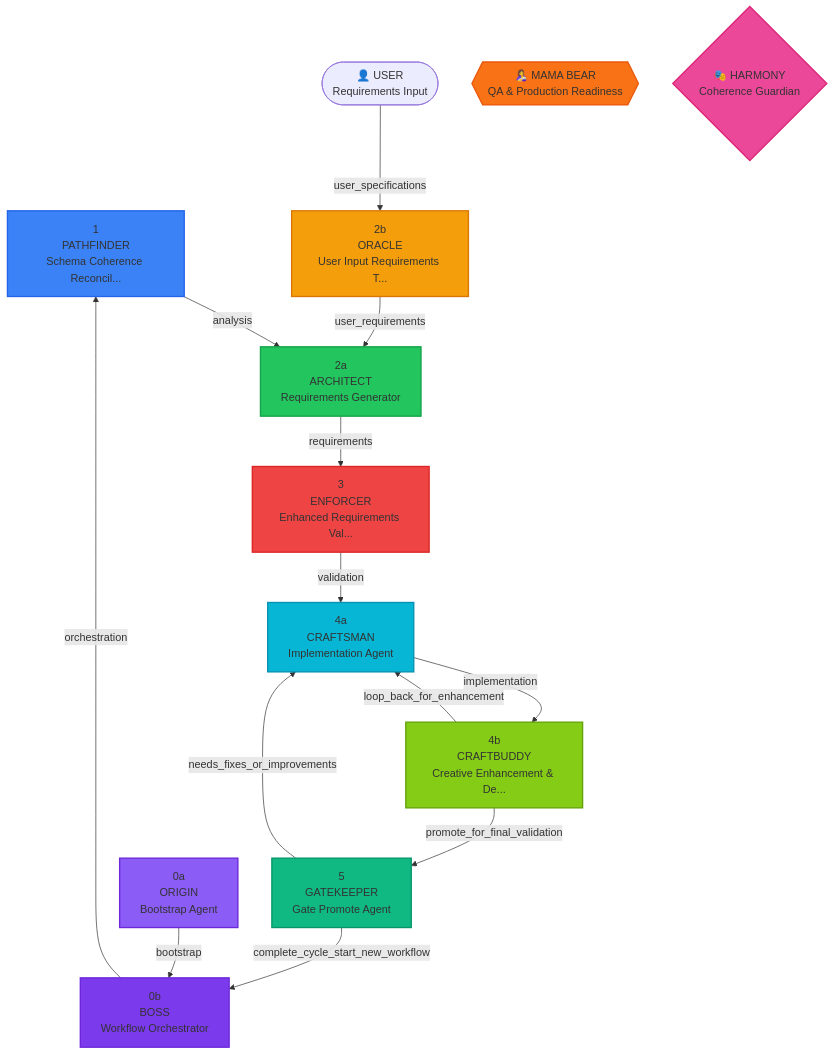
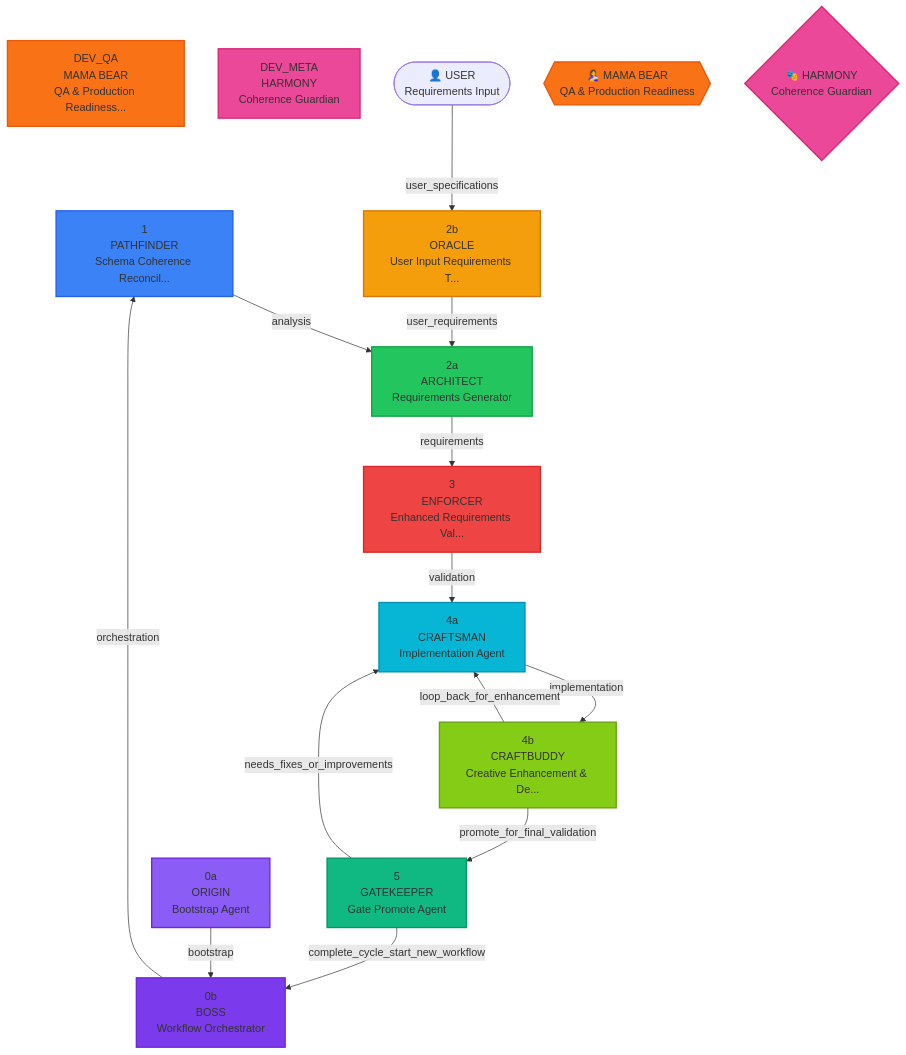
One commit to purfect-labs/warpcore changed the diagram in src/agency/agents/docs/warpcore_agent_flow.mermaid. Above: the diagram before and after it, drawn with Mermaid. The commit also changed 18 other files, not shown here.

```diff
--- a/src/agency/agents/docs/warpcore_agent_flow.mermaid
+++ b/src/agency/agents/docs/warpcore_agent_flow.mermaid
@@ -1,53 +1,57 @@
 flowchart TD
     %% WARPCORE Agent Flow Configuration
     0a["0a<br/>ORIGIN<br/>Bootstrap Agent"]
     0b["0b<br/>BOSS<br/>Workflow Orchestrator"]
     1["1<br/>PATHFINDER<br/>Schema Coherence Reconcil..."]
     2b["2b<br/>ORACLE<br/>User Input Requirements T..."]
     2a["2a<br/>ARCHITECT<br/>Requirements Generator"]
     3["3<br/>ENFORCER<br/>Enhanced Requirements Val..."]
     4a["4a<br/>CRAFTSMAN<br/>Implementation Agent"]
     4b["4b<br/>CRAFTBUDDY<br/>Creative Enhancement & De..."]
     5["5<br/>GATEKEEPER<br/>Gate Promote Agent"]
+    DEV_QA["DEV_QA<br/>MAMA BEAR<br/>QA & Production Readiness..."]
+    DEV_META["DEV_META<br/>HARMONY<br/>Coherence Guardian"]
     USER(["👤 USER<br/>Requirements Input"])
 
     %% Development Tools
     MAMA_BEAR{{🤱 MAMA BEAR<br/>QA & Production Readiness}}
     HARMONY{🎭 HARMONY<br/>Coherence Guardian}
     0a -->|"bootstrap"| 0b
     0b -->|"orchestration"| 1
     1 -->|"analysis"| 2a
     2b -->|"user_requirements"| 2a
     2a -->|"requirements"| 3
     3 -->|"validation"| 4a
     4a -->|"implementation"| 4b
     4b -->|"loop_back_for_enhancement"| 4a
     4b -->|"promote_for_final_validation"| 5
     5 -->|"needs_fixes_or_improvements"| 4a
     5 -->|"complete_cycle_start_new_workflow"| 0b
     USER -->|"user_specifications"| 2b
 
     %% Styling
     classDef origin fill:#8b5cf6,stroke:#6d28d9,stroke-width:2px
     classDef boss fill:#7c3aed,stroke:#6d28d9,stroke-width:2px
     classDef pathfinder fill:#3b82f6,stroke:#2563eb,stroke-width:2px
     classDef oracle fill:#f59e0b,stroke:#d97706,stroke-width:2px
     classDef architect fill:#22c55e,stroke:#16a34a,stroke-width:2px
     classDef enforcer fill:#ef4444,stroke:#dc2626,stroke-width:2px
     classDef craftsman fill:#06b6d4,stroke:#0891b2,stroke-width:2px
     classDef craftbuddy fill:#84cc16,stroke:#65a30d,stroke-width:2px
     classDef gatekeeper fill:#10b981,stroke:#059669,stroke-width:2px
     classDef complete fill:#22c55e,stroke:#16a34a,stroke-width:2px
     classDef mama_bear fill:#f97316,stroke:#ea580c,stroke-width:2px
     classDef harmony fill:#ec4899,stroke:#db2777,stroke-width:2px
     class 0a origin
     class 0b boss
     class 1 pathfinder
     class 2b oracle
     class 2a architect
     class 3 enforcer
     class 4a craftsman
     class 4b craftbuddy
     class 5 gatekeeper
+    class DEV_QA mama_bear
+    class DEV_META harmony
     class MAMA_BEAR mama_bear
     class HARMONY harmony
```
